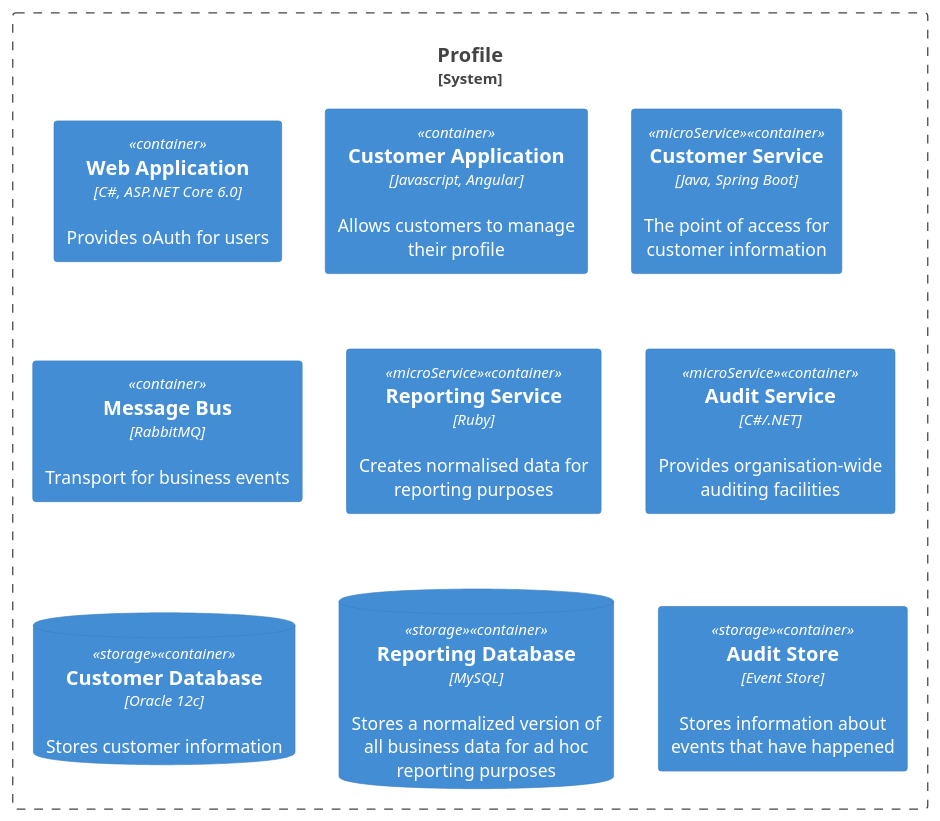
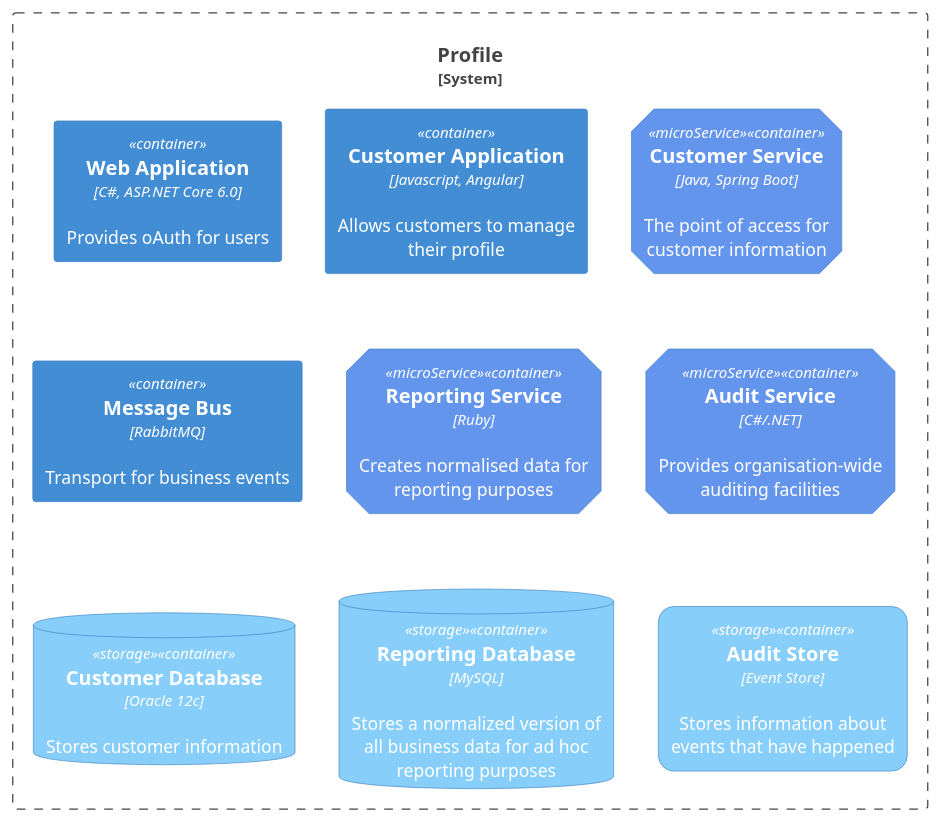
The diagram in t2.puml (atrigub/test-rep), drawn with PlantUML before and after one commit.

```diff
--- a/t2.puml
+++ b/t2.puml
@@ -2,20 +2,22 @@
 @startuml "test"
 !include https://raw.githubusercontent.com/plantuml-stdlib/C4-PlantUML/master/C4_Container.puml
 
 System_Boundary(c1, "Profile") {
     Container(identity_service, "Web Application", "C#, ASP.NET Core 6.0", "Provides oAuth for users")
 }
 
+AddElementTag("microService", $shape=EightSidedShape(), $bgColor="CornflowerBlue", $fontColor="white", $legendText="micro service (eight sided)")
+AddElementTag("storage", $shape=RoundedBoxShape(), $bgColor="lightSkyBlue", $fontColor="white")
 
 System_Boundary(c1, "Customer Information") {
     Container(app, "Customer Application", "Javascript, Angular", "Allows customers to manage their profile")
     Container(customer_service, "Customer Service", "Java, Spring Boot", "The point of access for customer information", $tags = "microService")
     Container(message_bus, "Message Bus", "RabbitMQ", "Transport for business events")
     Container(reporting_service, "Reporting Service", "Ruby", "Creates normalised data for reporting purposes", $tags = "microService")
     Container(audit_service, "Audit Service", "C#/.NET", "Provides organisation-wide auditing facilities", $tags = "microService")
     ContainerDb(customer_db, "Customer Database", "Oracle 12c", "Stores customer information", $tags = "storage")
     ContainerDb(reporting_db, "Reporting Database", "MySQL", "Stores a normalized version of all business data for ad hoc reporting purposes", $tags = "storage")
     Container(audit_store, "Audit Store", "Event Store", "Stores information about events that have happened", $tags = "storage")
 }
 
 @enduml
```
